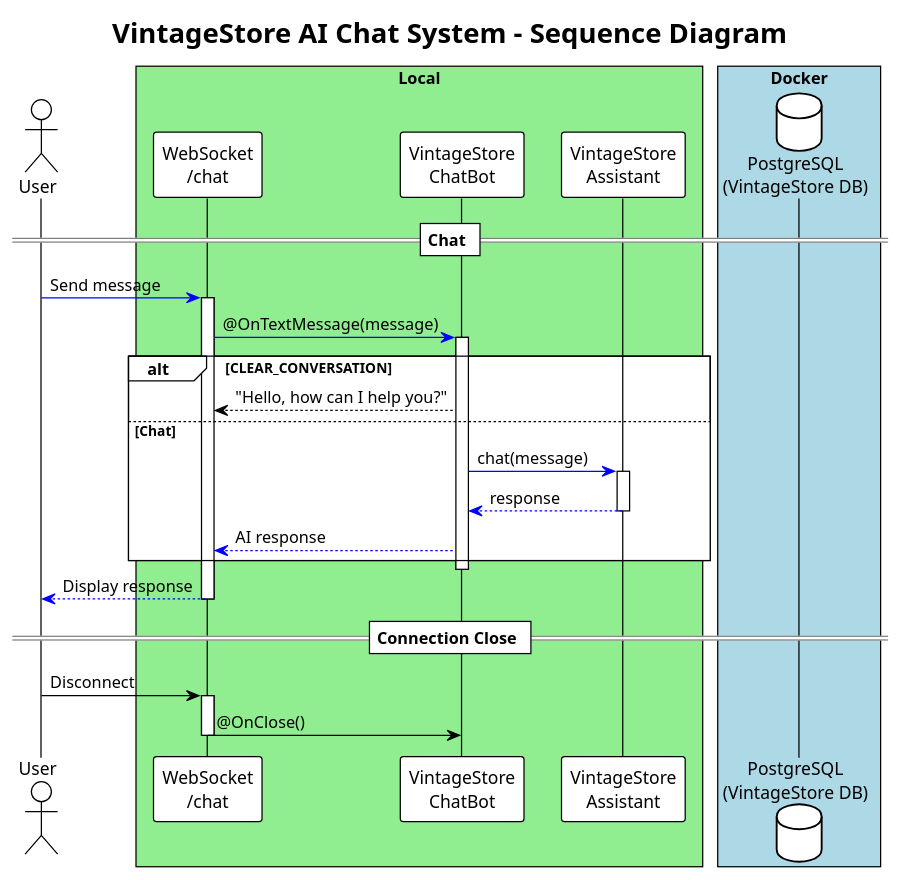
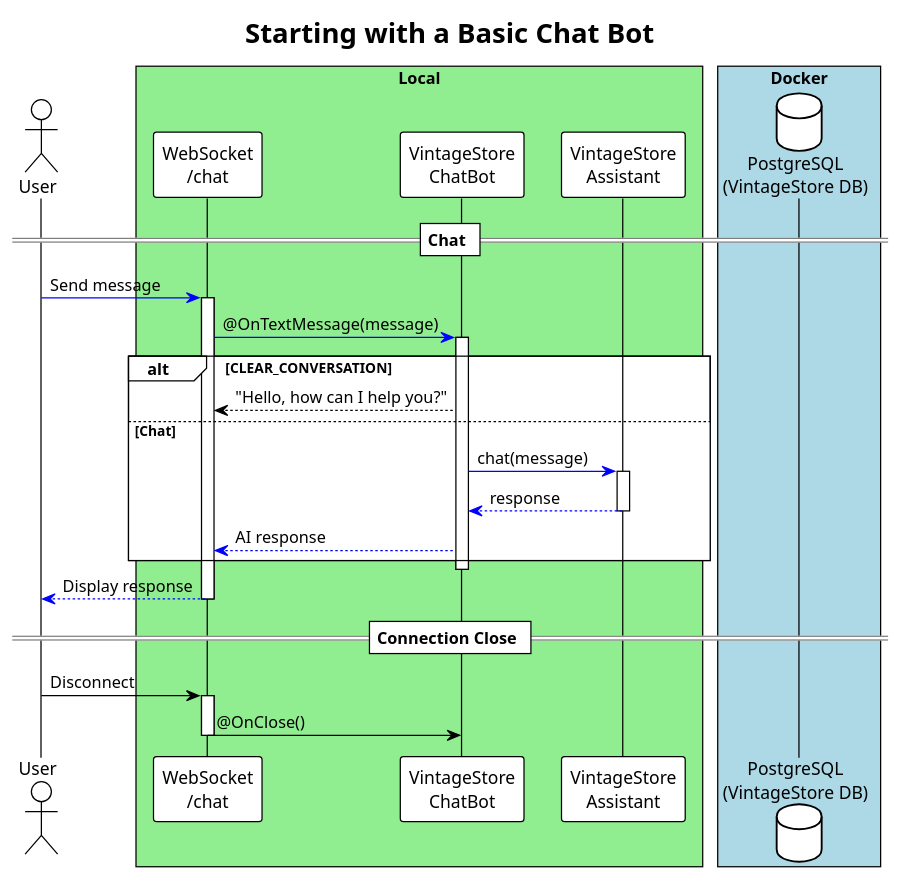
Before and after one commit to agoncal/agoncal-application-vintagestore: the diagram in docs/puml/00-vintagestore.puml, drawn with PlantUML. The commit also changed 7 other files, not shown here.

```diff
--- a/docs/puml/00-vintagestore.puml
+++ b/docs/puml/00-vintagestore.puml
@@ -1,44 +1,44 @@
 @startuml
 !theme plain
-title VintageStore AI Chat System - Sequence Diagram
+title Starting with a Basic Chat Bot
 
 actor User
 box "Local" #LightGreen
 participant "WebSocket\n/chat" as WS
 participant "VintageStore\nChatBot" as ChatBot
 participant "VintageStore\nAssistant" as Assistant
 end box
 box "Docker" #LightBlue
 database "PostgreSQL\n(VintageStore DB)" as PostgreSQL
 end box
 
 == Chat ==
 User -[#blue]> WS: Send message
 activate WS
 WS -[#blue]> ChatBot: @OnTextMessage(message)
 activate ChatBot
 
 alt CLEAR_CONVERSATION
     ChatBot --> WS: "Hello, how can I help you?"
 else Chat
     ChatBot -[#blue]> Assistant: chat(message)
     activate Assistant
 
         Assistant -[#blue]-> ChatBot: response
 
     deactivate Assistant
 
     ChatBot -[#blue]-> WS: AI response
 end
 deactivate ChatBot
 
 WS -[#blue]-> User: Display response
 deactivate WS
 
 == Connection Close ==
 User -> WS: Disconnect
 activate WS
 WS -> ChatBot: @OnClose()
 deactivate WS
 
 @enduml
```
